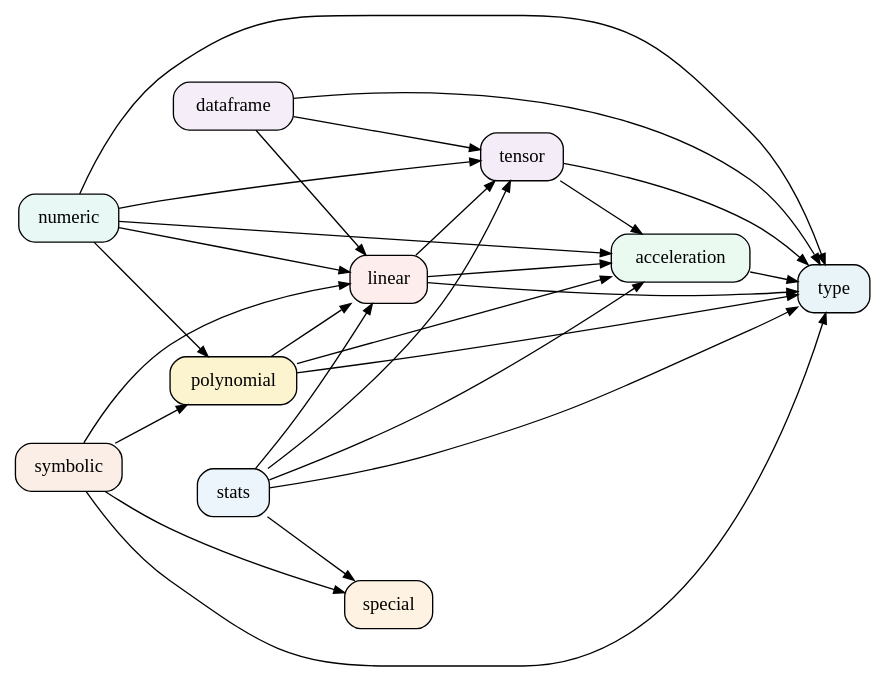
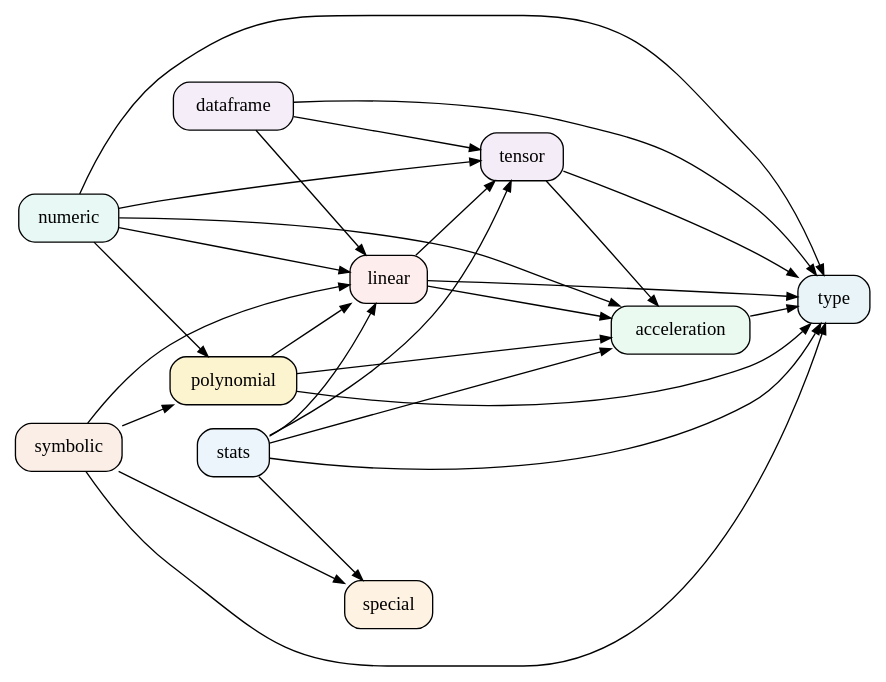
One commit to renggli/dart-data changed the diagram in doc/libs_deps.dot. Above: the diagram before and after it, drawn with Graphviz. The commit also changed 12 other files, not shown here.

```diff
--- a/doc/libs_deps.dot
+++ b/doc/libs_deps.dot
@@ -1,39 +1,39 @@
 digraph {
   rankdir=LR;
   0 [label=linear, shape=box, style="rounded,filled", fillcolor="#fdedec"];
   1 [label=acceleration, shape=box, style="rounded,filled", fillcolor="#eafaf1"];
   2 [label=type, shape=box, style="rounded,filled", fillcolor="#e8f4f8"];
   3 [label=tensor, shape=box, style="rounded,filled", fillcolor="#f4ecf7"];
-  4 [label=stats, shape=box, style="rounded,filled", fillcolor="#ebf5fb"];
-  5 [label=special, shape=box, style="rounded,filled", fillcolor="#fef3e2"];
-  6 [label=numeric, shape=box, style="rounded,filled", fillcolor="#e8f8f5"];
-  7 [label=polynomial, shape=box, style="rounded,filled", fillcolor="#fcf3cf"];
-  8 [label=symbolic, shape=box, style="rounded,filled", fillcolor="#fbeee6"];
-  9 [label=dataframe, shape=box, style="rounded,filled", fillcolor="#f5eef8"];
+  4 [label=dataframe, shape=box, style="rounded,filled", fillcolor="#f5eef8"];
+  5 [label=symbolic, shape=box, style="rounded,filled", fillcolor="#fbeee6"];
+  6 [label=polynomial, shape=box, style="rounded,filled", fillcolor="#fcf3cf"];
+  7 [label=special, shape=box, style="rounded,filled", fillcolor="#fef3e2"];
+  8 [label=numeric, shape=box, style="rounded,filled", fillcolor="#e8f8f5"];
+  9 [label=stats, shape=box, style="rounded,filled", fillcolor="#ebf5fb"];
   0 -> 1 [arrowsize="0.8"];
   0 -> 2 [arrowsize="0.8"];
   0 -> 3 [arrowsize="0.8"];
   1 -> 2 [arrowsize="0.8"];
   3 -> 2 [arrowsize="0.8"];
   3 -> 1 [arrowsize="0.8"];
-  4 -> 1 [arrowsize="0.8"];
+  4 -> 2 [arrowsize="0.8"];
   4 -> 0 [arrowsize="0.8"];
   4 -> 3 [arrowsize="0.8"];
-  4 -> 2 [arrowsize="0.8"];
-  4 -> 5 [arrowsize="0.8"];
+  5 -> 0 [arrowsize="0.8"];
+  5 -> 6 [arrowsize="0.8"];
+  5 -> 2 [arrowsize="0.8"];
+  5 -> 7 [arrowsize="0.8"];
   6 -> 0 [arrowsize="0.8"];
   6 -> 2 [arrowsize="0.8"];
   6 -> 1 [arrowsize="0.8"];
-  6 -> 7 [arrowsize="0.8"];
-  6 -> 3 [arrowsize="0.8"];
-  7 -> 0 [arrowsize="0.8"];
-  7 -> 2 [arrowsize="0.8"];
-  7 -> 1 [arrowsize="0.8"];
   8 -> 0 [arrowsize="0.8"];
-  8 -> 7 [arrowsize="0.8"];
   8 -> 2 [arrowsize="0.8"];
-  8 -> 5 [arrowsize="0.8"];
-  9 -> 2 [arrowsize="0.8"];
+  8 -> 1 [arrowsize="0.8"];
+  8 -> 6 [arrowsize="0.8"];
+  8 -> 3 [arrowsize="0.8"];
+  9 -> 1 [arrowsize="0.8"];
   9 -> 0 [arrowsize="0.8"];
   9 -> 3 [arrowsize="0.8"];
+  9 -> 2 [arrowsize="0.8"];
+  9 -> 7 [arrowsize="0.8"];
 }
```
